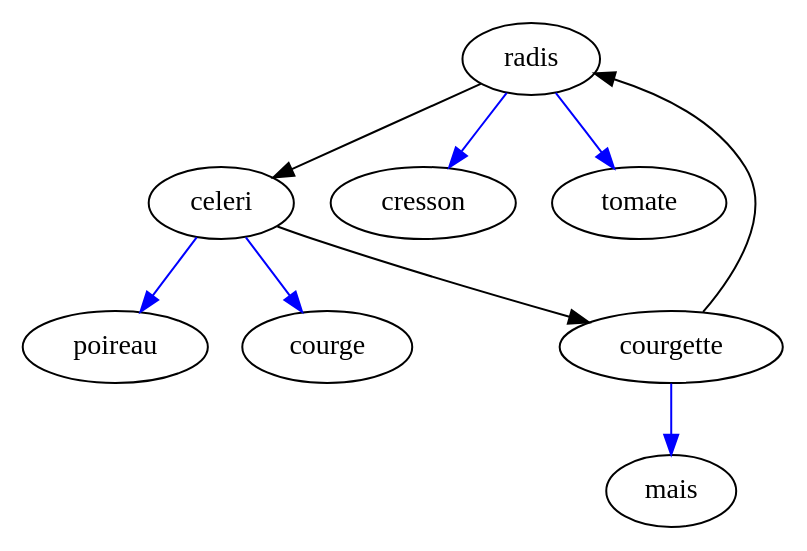
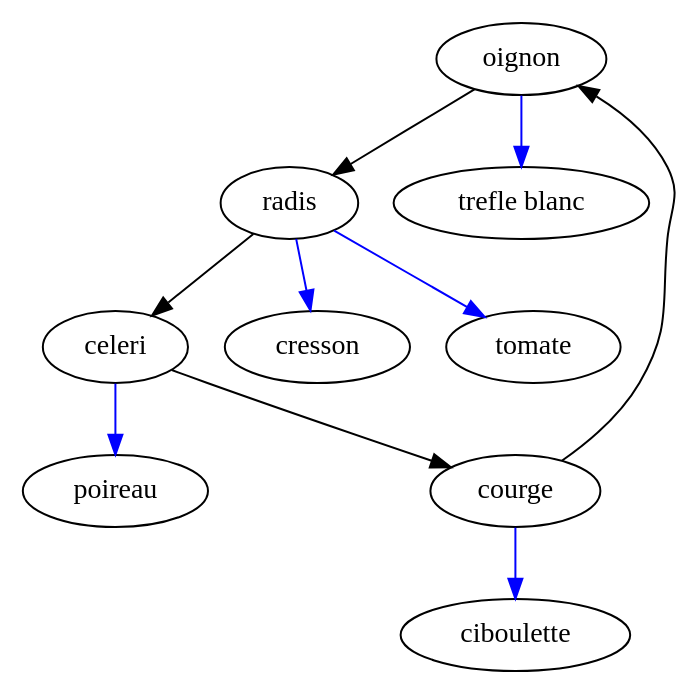
One commit to fisherlul/fisherlul.github.io changed the diagram in APP/test-output/jardin complet.dot. Above: the diagram before and after it, drawn with Graphviz. The commit also changed 3 other files, not shown here.

```diff
--- a/APP/test-output/jardin complet.dot
+++ b/APP/test-output/jardin complet.dot
@@ -1,13 +1,15 @@
 digraph "Graphe du jardin complet" {
+	oignon
+	oignon -> radis
 	radis
 	radis -> celeri
 	celeri
-	celeri -> courgette
-	courgette
-	courgette -> radis
+	celeri -> courge
+	courge
+	courge -> oignon
+	oignon -> "trefle blanc" [color=blue]
 	radis -> cresson [color=blue]
 	radis -> tomate [color=blue]
 	celeri -> poireau [color=blue]
-	celeri -> courge [color=blue]
-	courgette -> mais [color=blue]
+	courge -> ciboulette [color=blue]
 }
```
